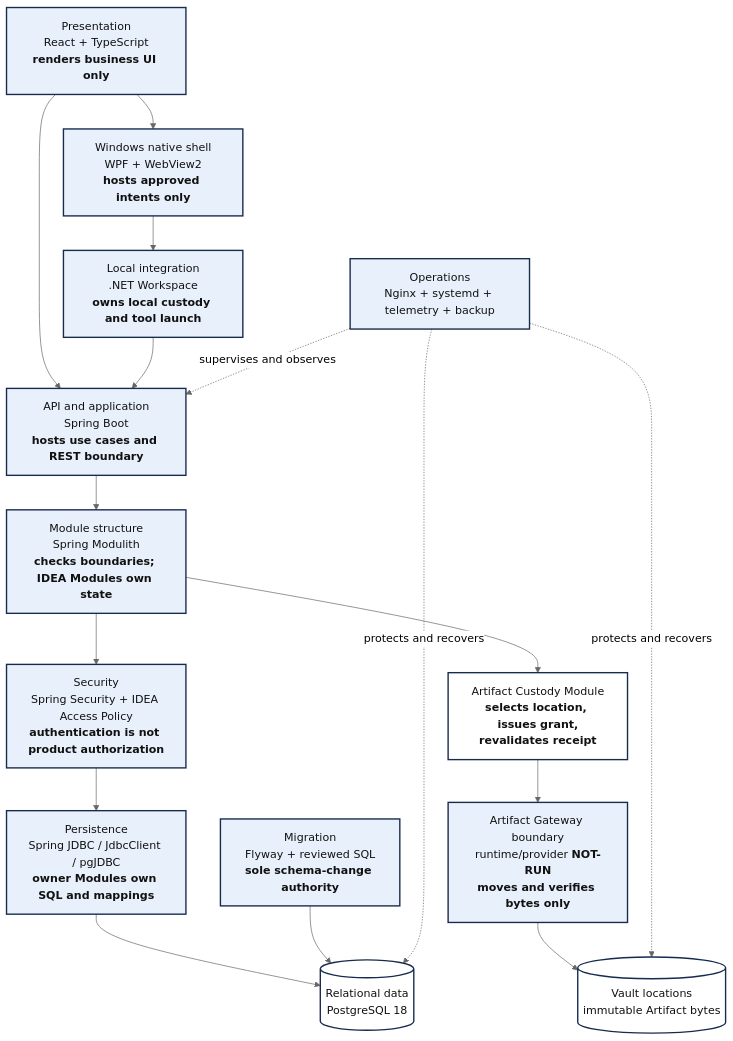
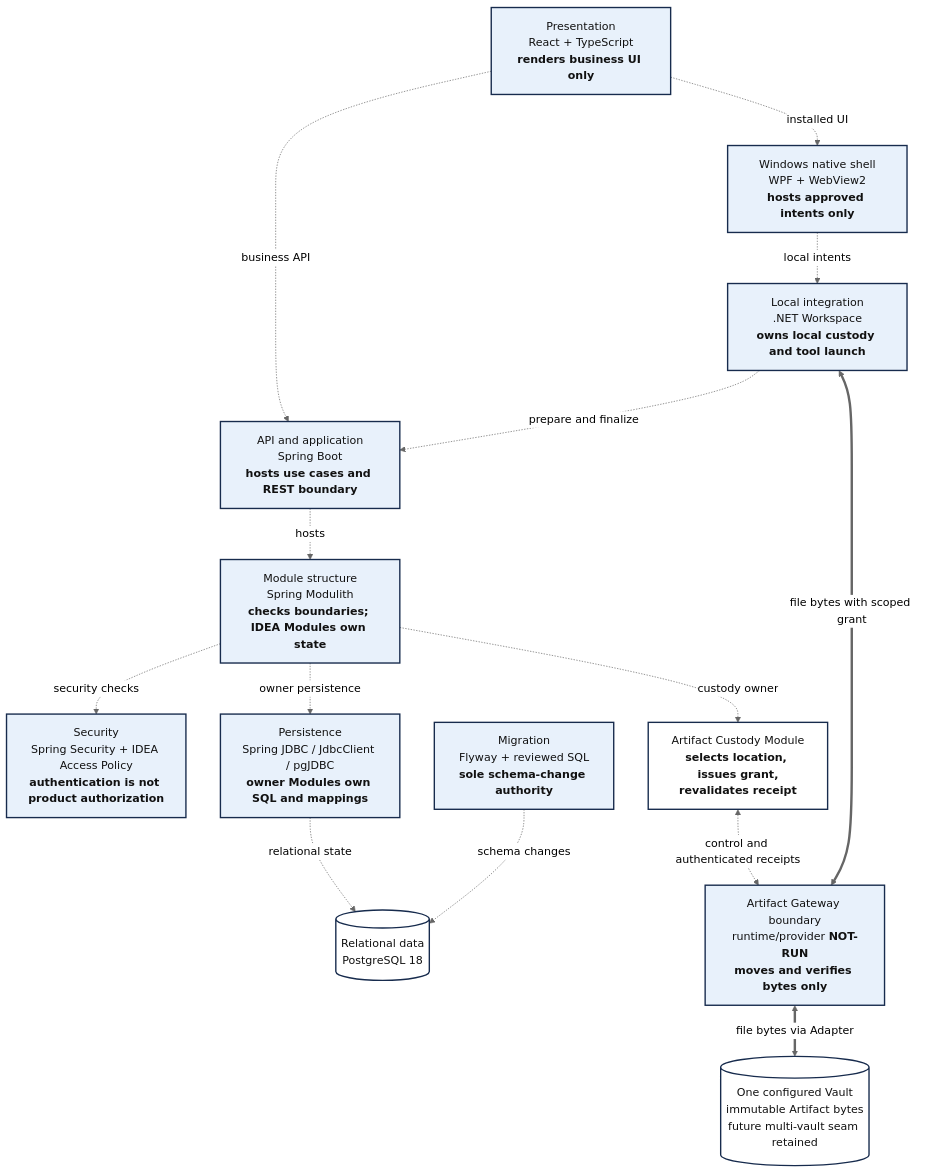
Before and after one commit to devphuclam/IDEAEngineering: the third of 8 diagrams in docs/product/instances/idea-engineering/technology/IDEA-core-v0-technology-architecture-views.md, drawn with Mermaid (neutral theme). The commit also changed other lines of this file and 26 other files, not shown here.

Commit message:
docs(ph1): prepare foundation and clarify transfer diagrams

````diff
--- a/docs/product/instances/idea-engineering/technology/IDEA-core-v0-technology-architecture-views.md
+++ b/docs/product/instances/idea-engineering/technology/IDEA-core-v0-technology-architecture-views.md
@@ -199,35 +204,38 @@
 ```mermaid
 flowchart TB
     accTitle: Technology to responsibility layer mapping
-    accDescr: The presentation layer uses React and TypeScript, a narrow Windows shell uses WPF and WebView2, and local integration belongs to the dotnet Workspace. Spring Boot hosts API and application coordination while Spring Modulith checks module structure. Spring Security authenticates, IDEA Access Policy authorizes, Spring JDBC and PostgreSQL persist relational state, Flyway controls schema change, Artifact Custody selects Vault locations and verifies transfer evidence, while an Artifact Gateway handles scoped bytes without owning product publication.
+    accDescr: Responsibility mapping, not a time sequence. Dashed relationships carry control or identify responsibilities. Thick arrows carry file bytes directly between Workspace, Artifact Gateway and one configured Vault, bypassing the Server. Server-owned Artifact Custody selects the location, issues scoped grants and revalidates receipts; a receipt cannot publish a Generation. Security and persistence are separate Module responsibilities, not sequential transport hops. The Vault and Adapter seam supports later multi-vault work without deploying it in PH1.
 
     P[Presentation<br/>React + TypeScript<br/><b>renders business UI only</b>]
     Shell[Windows native shell<br/>WPF + WebView2<br/><b>hosts approved intents only</b>]
     Local[Local integration<br/>.NET Workspace<br/><b>owns local custody and tool launch</b>]
     API[API and application<br/>Spring Boot<br/><b>hosts use cases and REST boundary</b>]
     Modules[Module structure<br/>Spring Modulith<br/><b>checks boundaries; IDEA Modules own state</b>]
     Security[Security<br/>Spring Security + IDEA Access Policy<br/><b>authentication is not product authorization</b>]
     Persist[Persistence<br/>Spring JDBC / JdbcClient / pgJDBC<br/><b>owner Modules own SQL and mappings</b>]
     Migration[Migration<br/>Flyway + reviewed SQL<br/><b>sole schema-change authority</b>]
     Data[(Relational data<br/>PostgreSQL 18)]
     Custody[Artifact Custody Module<br/><b>selects location, issues grant,<br/>revalidates receipt</b>]
     Gateway[Artifact Gateway boundary<br/>runtime/provider <b>NOT-RUN</b><br/><b>moves and verifies bytes only</b>]
-    Vaults[(Vault locations<br/>immutable Artifact bytes)]
-    Ops[Operations<br/>Nginx + systemd + telemetry + backup]
+    Vaults[(One configured Vault<br/>immutable Artifact bytes<br/>future multi-vault seam retained)]
 
-    P --> Shell --> Local
-    P --> API
-    Local --> API
-    API --> Modules --> Security --> Persist --> Data
-    Migration --> Data
-    Modules --> Custody --> Gateway --> Vaults
-    Ops -. supervises and observes .-> API
-    Ops -. protects and recovers .-> Data
-    Ops -. protects and recovers .-> Vaults
+    P -. installed UI .-> Shell
+    Shell -. local intents .-> Local
+    P -. business API .-> API
+    Local -. prepare and finalize .-> API
+    API -. hosts .-> Modules
+    Modules -. security checks .-> Security
+    Modules -. owner persistence .-> Persist
+    Persist -. relational state .-> Data
+    Migration -. schema changes .-> Data
+    Modules -. custody owner .-> Custody
+    Custody <-.->|control and authenticated receipts| Gateway
+    Local <==>|file bytes with scoped grant| Gateway
+    Gateway <==>|file bytes via Adapter| Vaults
 
     classDef selected fill:#e8f1fb,stroke:#172b4d,stroke-width:2px,color:#111;
     classDef authority fill:#fff,stroke:#172b4d,stroke-width:2px,color:#111;
-    class P,Shell,Local,API,Modules,Security,Persist,Migration,Ops selected;
+    class P,Shell,Local,API,Modules,Security,Persist,Migration selected;
     class Data,Custody,Vaults authority;
     class Gateway selected;
 ```
````
